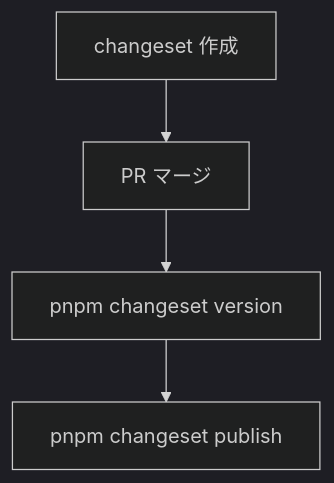
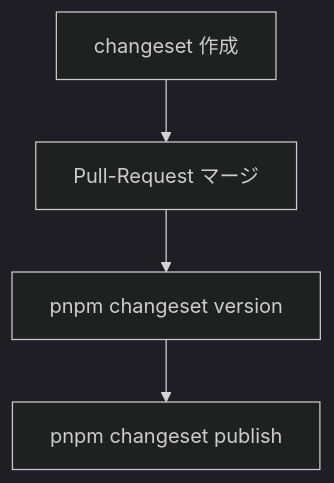
One commit to stein2nd/s2j-similarity-service changed diagram 12 of 50 in docs/interfaces/usage_spec.md. Above: the diagram before and after it, drawn with Mermaid (dark theme). The commit also changed other lines of this file, not shown here.

````diff
--- a/docs/interfaces/usage_spec.md
+++ b/docs/interfaces/usage_spec.md
@@ -1718,6 +1717,6 @@
 ```mermaid id="mono_release"
 flowchart TD
-  A["changeset 作成"] --> B["PR マージ"]
+  A["changeset 作成"] --> B["Pull-Request マージ"]
   B --> C["pnpm changeset version"]
   C --> D["pnpm changeset publish"]
 ```
````
